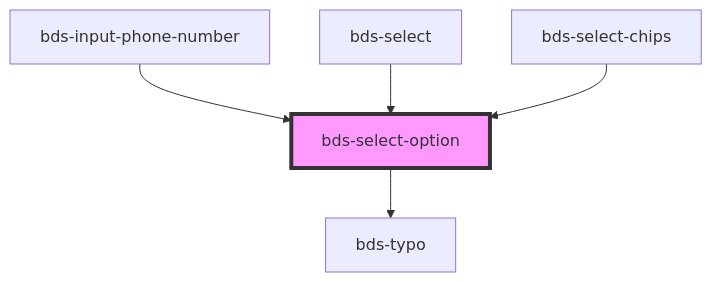
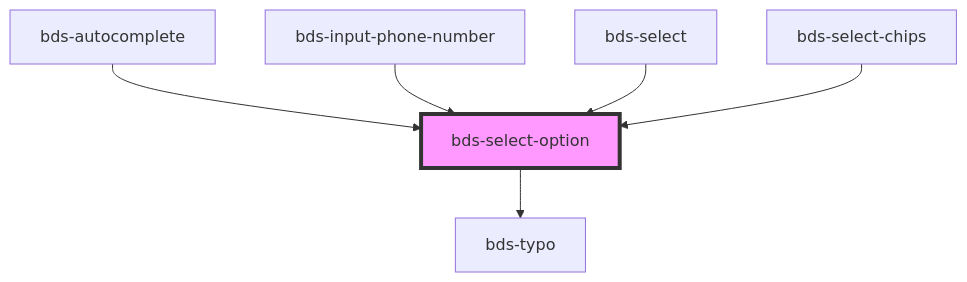
Before and after one commit to takenet/blip-ds: the diagram in src/components/select-option/readme.md, drawn with Mermaid. The commit also changed other lines of this file and 10 other files, not shown here.

````diff
--- a/src/components/select-option/readme.md
+++ b/src/components/select-option/readme.md
@@ -43,8 +44,9 @@
 ```mermaid
 graph TD;
   bds-select-option --> bds-typo
+  bds-autocomplete --> bds-select-option
   bds-input-phone-number --> bds-select-option
   bds-select --> bds-select-option
   bds-select-chips --> bds-select-option
   style bds-select-option fill:#f9f,stroke:#333,stroke-width:4px
 ```
````
